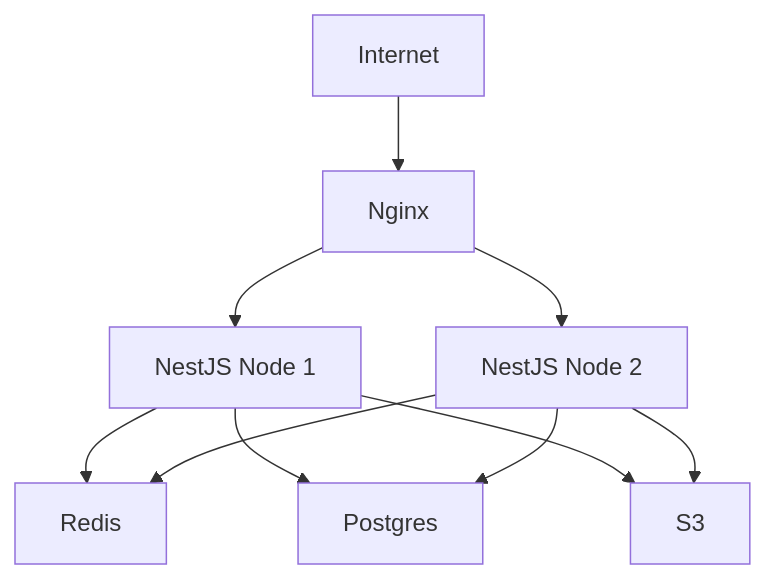
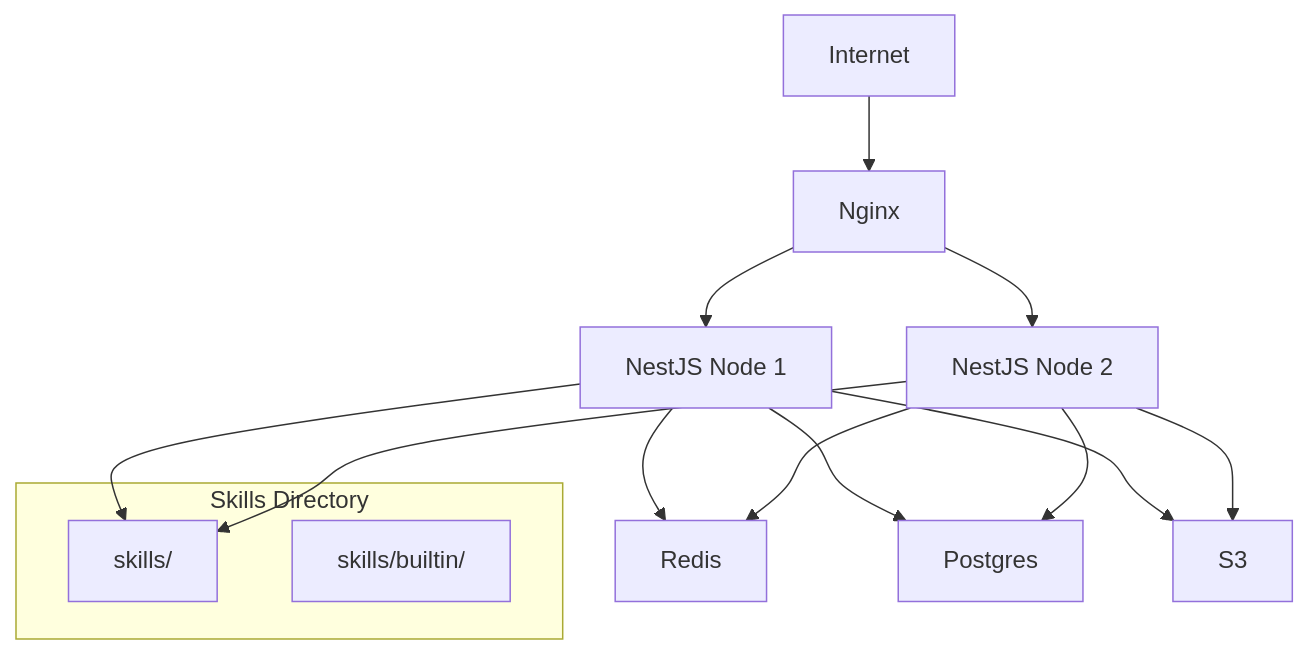
The ninth of 9 diagrams in docs/architecture/system-architecture.md (xuanyiying/IntervAI), drawn with Mermaid before and after one commit. The commit also changed other lines of this file and 284 other files, not shown here.

````diff
--- a/docs/architecture/system-architecture.md
+++ b/docs/architecture/system-architecture.md
@@ -159,15 +313,23 @@
 ```mermaid
 graph TB
     Internet --> Nginx
     Nginx --> App1[NestJS Node 1]
     Nginx --> App2[NestJS Node 2]
     
     App1 --> Redis
     App2 --> Redis
     
     App1 --> Postgres
     App2 --> Postgres
     
     App1 --> S3
     App2 --> S3
+
+    subgraph "Skills Directory"
+        Skills1[skills/]
+        Skills2[skills/builtin/]
+    end
+
+    App1 --> Skills1
+    App2 --> Skills1
 ```
````
